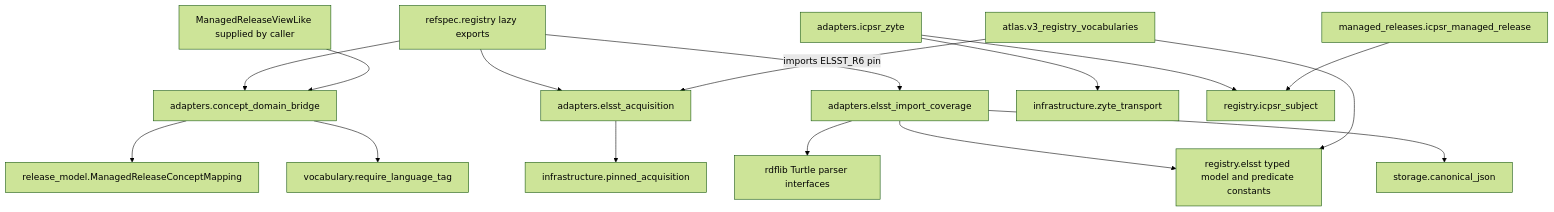
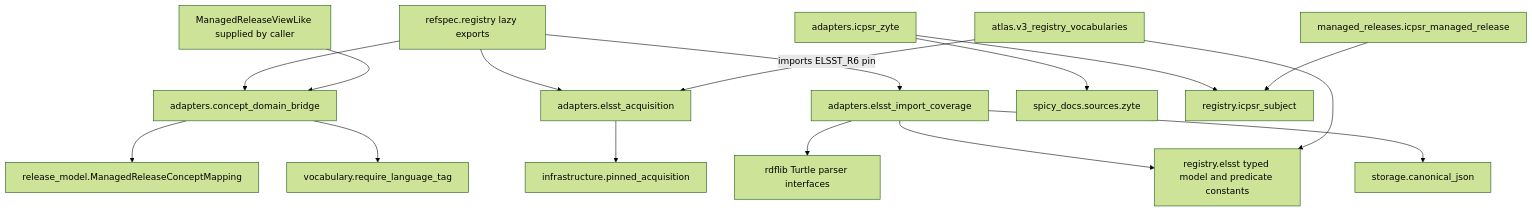
The second of 6 diagrams in wiki/managed_vocabulary_source_adapters.md (Formspec-Labs/RefSpec), drawn with Mermaid (forest theme) before and after one commit. The commit also changed 18 other files, not shown here.

````diff
--- a/wiki/managed_vocabulary_source_adapters.md
+++ b/wiki/managed_vocabulary_source_adapters.md
@@ -98,22 +98,22 @@
 ```mermaid
 flowchart TD
     registryApi["refspec.registry lazy exports"] --> bridge["adapters.concept_domain_bridge"]
     registryApi --> elsstAcquire["adapters.elsst_acquisition"]
     registryApi --> elsstCoverage["adapters.elsst_import_coverage"]
 
     bridge --> releaseModel["release_model.ManagedReleaseConceptMapping"]
     bridge --> languageTags["vocabulary.require_language_tag"]
     managedView["ManagedReleaseViewLike supplied by caller"] --> bridge
 
     elsstAcquire --> pinned["infrastructure.pinned_acquisition"]
     elsstCoverage --> rdflib["rdflib Turtle parser interfaces"]
     elsstCoverage --> elsstModel["registry.elsst typed model and predicate constants"]
     elsstCoverage --> canonicalJson["storage.canonical_json"]
 
-    icpsrAdapter["adapters.icpsr_zyte"] --> zyteTransport["infrastructure.zyte_transport"]
+    icpsrAdapter["adapters.icpsr_zyte"] --> zyteTransport["spicy_docs.sources.zyte"]
     icpsrAdapter --> icpsrSubject["registry.icpsr_subject"]
 
     atlasLoader["atlas.v3_registry_vocabularies"] -->|imports ELSST_R6 pin| elsstAcquire
     atlasLoader --> elsstModel
     icpsrManaged["managed_releases.icpsr_managed_release"] --> icpsrSubject
 ```
````
